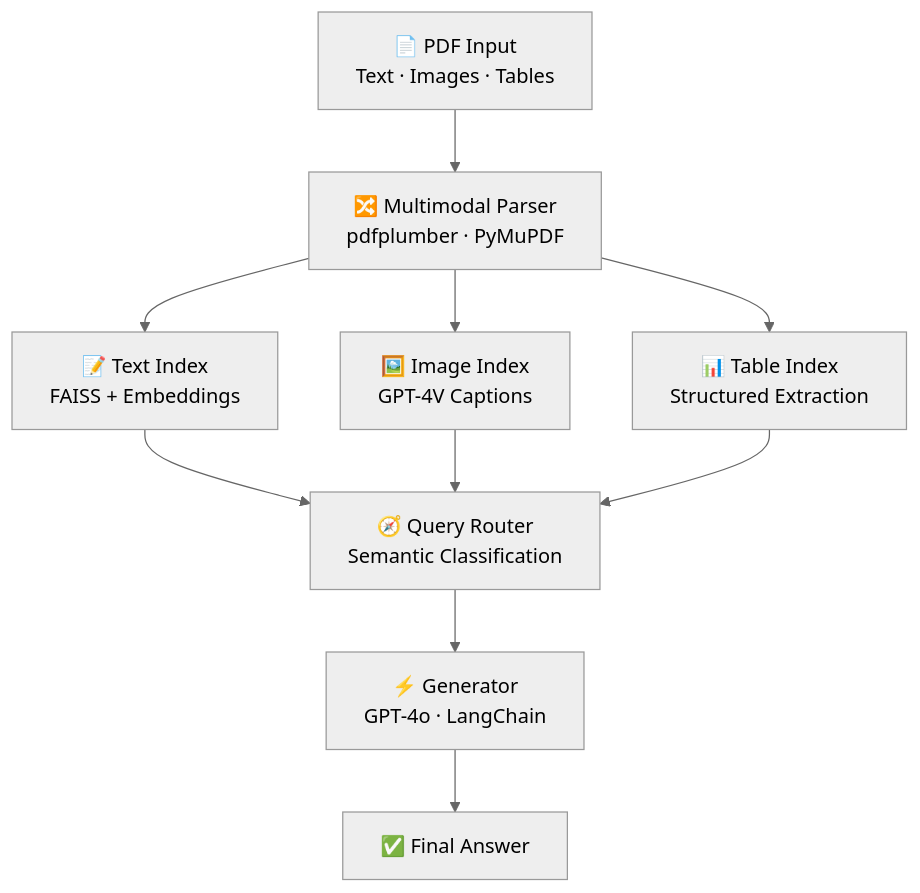
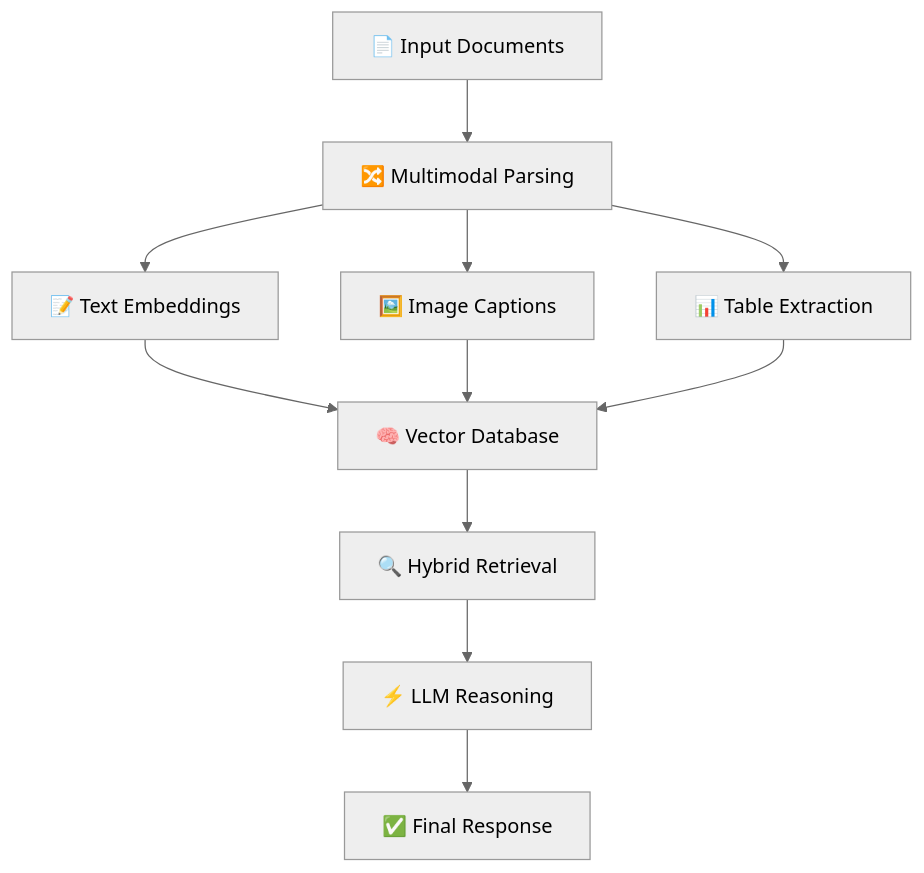
The diagram in README.md (MohitKB22/MohitKB22), drawn with Mermaid (neutral theme) before and after one commit. The commit also changed other lines of this file, not shown here.

````diff
--- a/README.md
+++ b/README.md
@@ -119,21 +165,23 @@
 ```mermaid
 flowchart TD
-    A["📄 PDF Input\nText · Images · Tables"]
-    B["🔀 Multimodal Parser\npdfplumber · PyMuPDF"]
-    C1["📝 Text Index\nFAISS + Embeddings"]
-    C2["🖼️ Image Index\nGPT-4V Captions"]
-    C3["📊 Table Index\nStructured Extraction"]
-    D["🧭 Query Router\nSemantic Classification"]
-    E["⚡ Generator\nGPT-4o · LangChain"]
-    F["✅ Final Answer"]
+    A[📄 Input Documents]
+    B[🔀 Multimodal Parsing]
+    C1[📝 Text Embeddings]
+    C2[🖼️ Image Captions]
+    C3[📊 Table Extraction]
+    D[🧠 Vector Database]
+    E[🔍 Hybrid Retrieval]
+    F[⚡ LLM Reasoning]
+    G[✅ Final Response]
 
     A --> B
     B --> C1
     B --> C2
     B --> C3
     C1 --> D
     C2 --> D
     C3 --> D
     D --> E
     E --> F
+    F --> G
 ```
````
